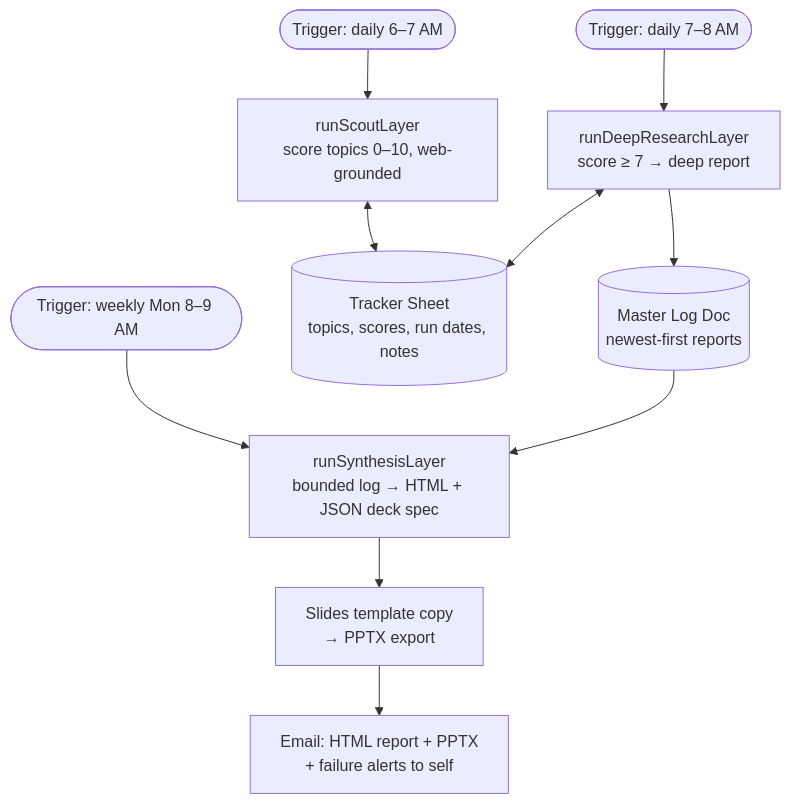
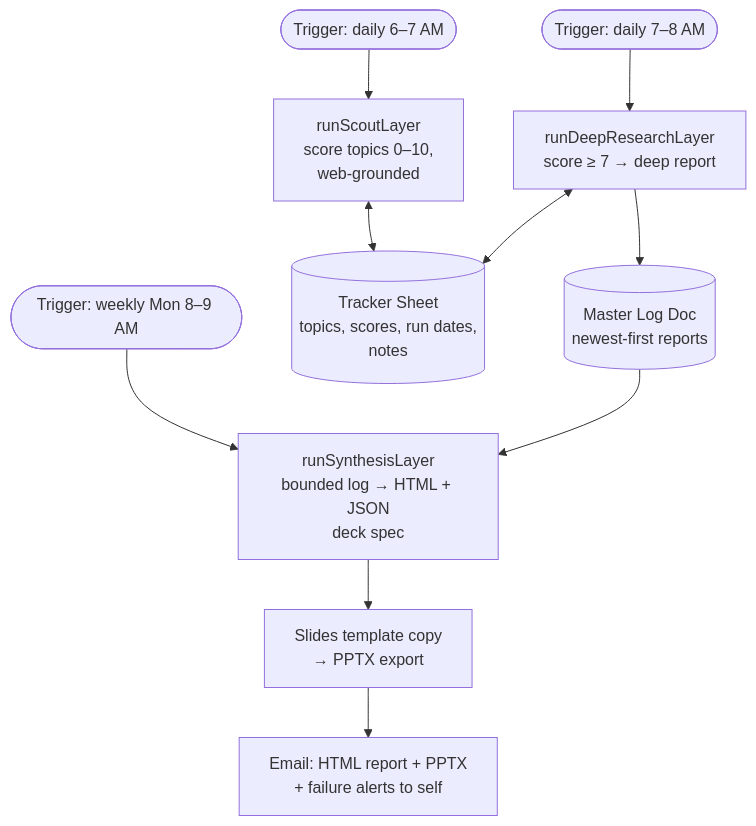
Before and after one commit to Zestraxz/CH-Google: the second of 2 diagrams in README.md, drawn with Mermaid. The commit also changed other lines of this file, not shown here.

Commit message:
fix(readme): mermaid diagrams sized for the GitHub column (L-028)
GitHub scales any Mermaid diagram wider than its ~890px README column down to
fit, so an over-wide diagram renders correct and unreadable. Local mermaid-cli
renders full size, so the authoring check passes and the defect ships - PC1
found this on its estate (8 of 12) and asked PC2 to measure rather than assume.

Measured with mermaid-cli, viewBox width read per diagram. This repo's
diagram(s) rebuilt: LR chains flipped to TD where measurement showed it helped,
emoji stripped from node labels (GitHub under-measures emoji width and clips
the box at any size), long labels wrapped. Every node and edge preserved.

Verified by re-extracting from this committed README and re-rendering, not from
the working copy - a fix measured only in scratch is not a fix.

````diff
--- a/README.md
+++ b/README.md
@@ -80,19 +80,19 @@
 ```mermaid
 flowchart TB
     T1([Trigger: daily 6–7 AM])
     T2([Trigger: daily 7–8 AM])
     T3([Trigger: weekly Mon 8–9 AM])
-    Scout[runScoutLayer<br/>score topics 0–10, web-grounded]
+    Scout[runScoutLayer<br/>score topics 0–10,<br/>web-grounded]
     Research[runDeepResearchLayer<br/>score ≥ 7 → deep report]
-    Synth[runSynthesisLayer<br/>bounded log → HTML + JSON deck spec]
-    Tracker[(Tracker Sheet<br/>topics, scores, run dates, notes)]
+    Synth[runSynthesisLayer<br/>bounded log → HTML + JSON<br/>deck spec]
+    Tracker[(Tracker Sheet<br/>topics, scores, run dates,<br/>notes)]
     Log[(Master Log Doc<br/>newest-first reports)]
     Slides[Slides template copy<br/>→ PPTX export]
     Mail[Email: HTML report + PPTX<br/>+ failure alerts to self]
 
     T1 --> Scout <--> Tracker
     T2 --> Research --> Log
     Research <--> Tracker
     T3 --> Synth
     Log --> Synth --> Slides --> Mail
 ```
````
